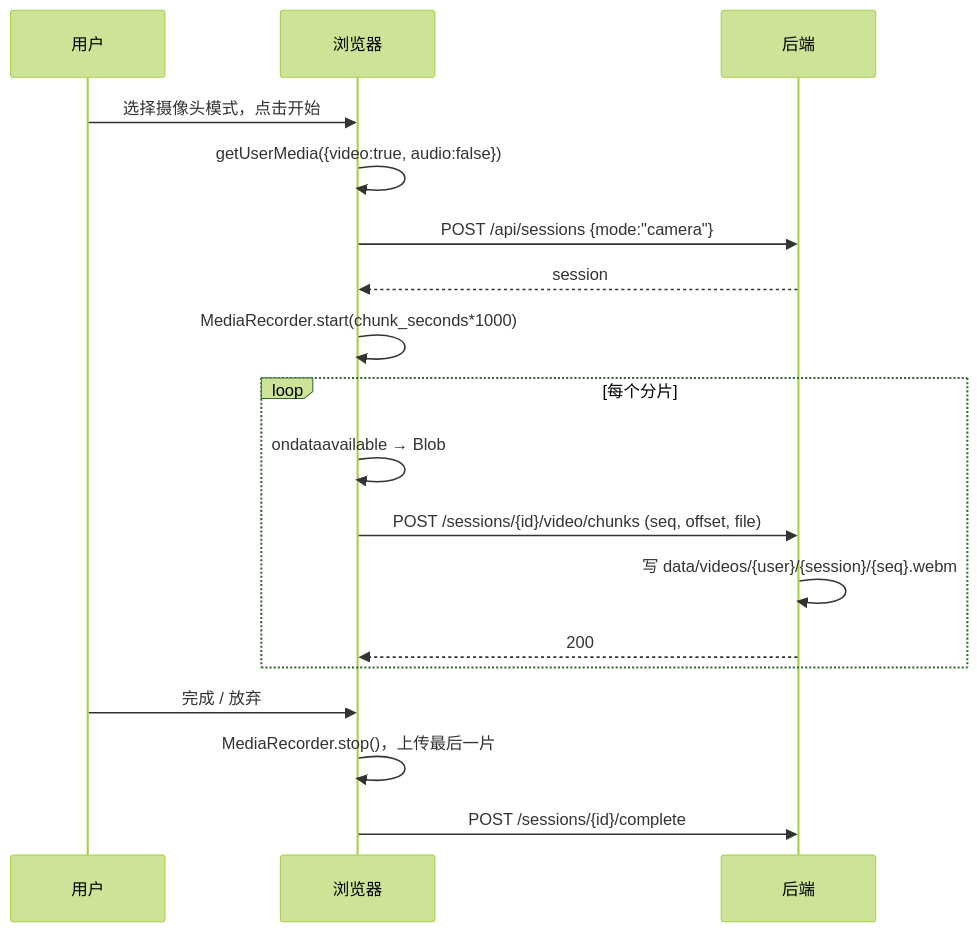
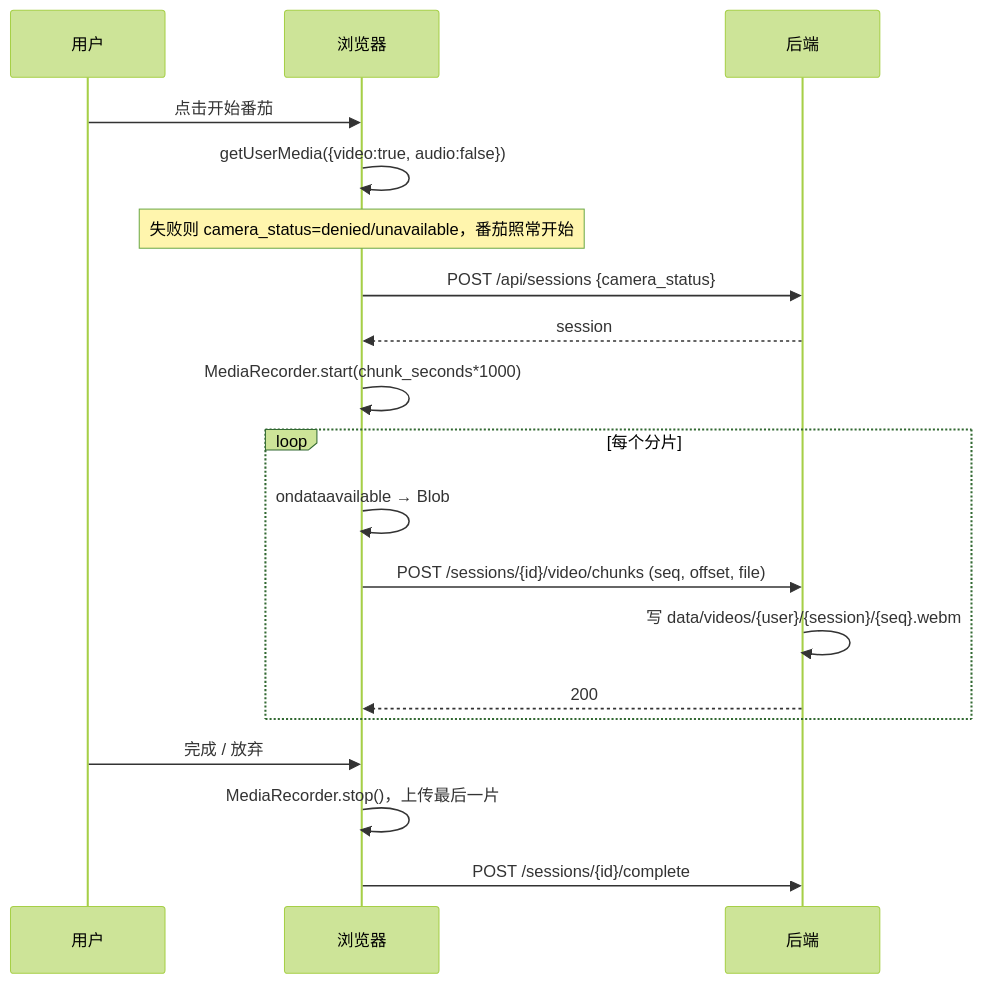
Before and after one commit to memory-co/focusbutler: the second of 2 diagrams in README.md, drawn with Mermaid (forest theme). The commit also changed other lines of this file, not shown here.

First line of the commit message:
README: camera recording and distraction button are always on, no mode selection

````diff
--- a/README.md
+++ b/README.md
@@ -263,21 +262,22 @@
 ```mermaid
 sequenceDiagram
     participant U as 用户
     participant B as 浏览器
     participant S as 后端
 
-    U->>B: 选择摄像头模式，点击开始
+    U->>B: 点击开始番茄
     B->>B: getUserMedia({video:true, audio:false})
-    B->>S: POST /api/sessions {mode:"camera"}
+    Note over B: 失败则 camera_status=denied/unavailable，番茄照常开始
+    B->>S: POST /api/sessions {camera_status}
     S-->>B: session
     B->>B: MediaRecorder.start(chunk_seconds*1000)
     loop 每个分片
         B->>B: ondataavailable → Blob
         B->>S: POST /sessions/{id}/video/chunks (seq, offset, file)
         S->>S: 写 data/videos/{user}/{session}/{seq}.webm
         S-->>B: 200
     end
     U->>B: 完成 / 放弃
     B->>B: MediaRecorder.stop()，上传最后一片
     B->>S: POST /sessions/{id}/complete
 ```
````
